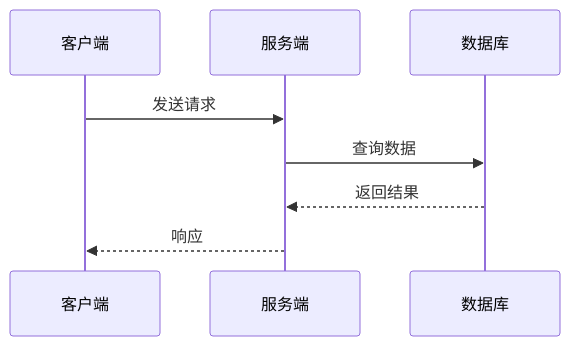
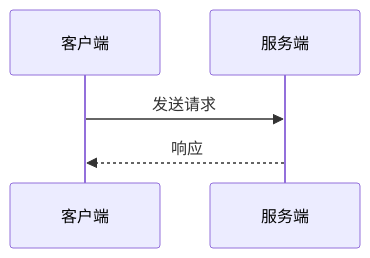
The second of 4 diagrams in patra-api/docs/.claude/memories/mermaid.md (linqibin0826/patra), drawn with Mermaid before and after one commit. The commit also changed other lines of this file and 5 other files, not shown here.

````diff
--- a/patra-api/docs/.claude/memories/mermaid.md
+++ b/patra-api/docs/.claude/memories/mermaid.md
@@ -146,11 +43,7 @@
 ```mermaid
 sequenceDiagram
     participant C as 客户端
     participant S as 服务端
-    participant DB as 数据库
-
     C->>S: 发送请求
-    S->>DB: 查询数据
-    DB-->>S: 返回结果
     S-->>C: 响应
 ```
````
